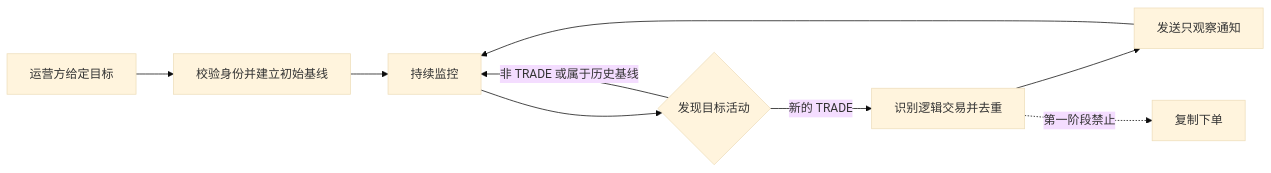
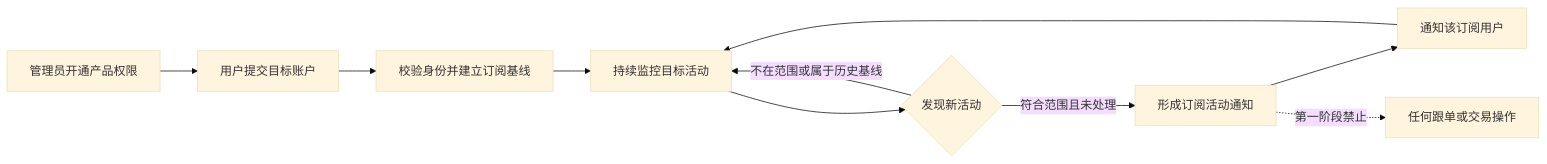
The diagram in docs/requirements/polymarket-copy-trading/target-trade-monitoring-notifications.md (useryege/athena-o), drawn with Mermaid (base theme) before and after one commit. The commit also changed other lines of this file and 3 other files, not shown here.

````diff
--- a/docs/requirements/polymarket-copy-trading/target-trade-monitoring-notifications.md
+++ b/docs/requirements/polymarket-copy-trading/target-trade-monitoring-notifications.md
@@ -102,11 +112,12 @@
 ```mermaid
 flowchart LR
-    A[运营方给定目标] --> B[校验身份并建立初始基线]
-    B --> C[持续监控]
-    C --> D{发现目标活动}
-    D -->|非 TRADE 或属于历史基线| C
-    D -->|新的 TRADE| E[识别逻辑交易并去重]
-    E --> F[发送只观察通知]
-    F --> C
-    E -. 第一阶段禁止 .-> G[复制下单]
+    A[管理员开通产品权限] --> B[用户提交目标账户]
+    B --> C[校验身份并建立订阅基线]
+    C --> D[持续监控目标活动]
+    D --> E{发现新活动}
+    E -->|不在范围或属于历史基线| D
+    E -->|符合范围且未处理| F[形成订阅活动通知]
+    F --> G[通知该订阅用户]
+    G --> D
+    F -. 第一阶段禁止 .-> H[任何跟单或交易操作]
 ```
````
